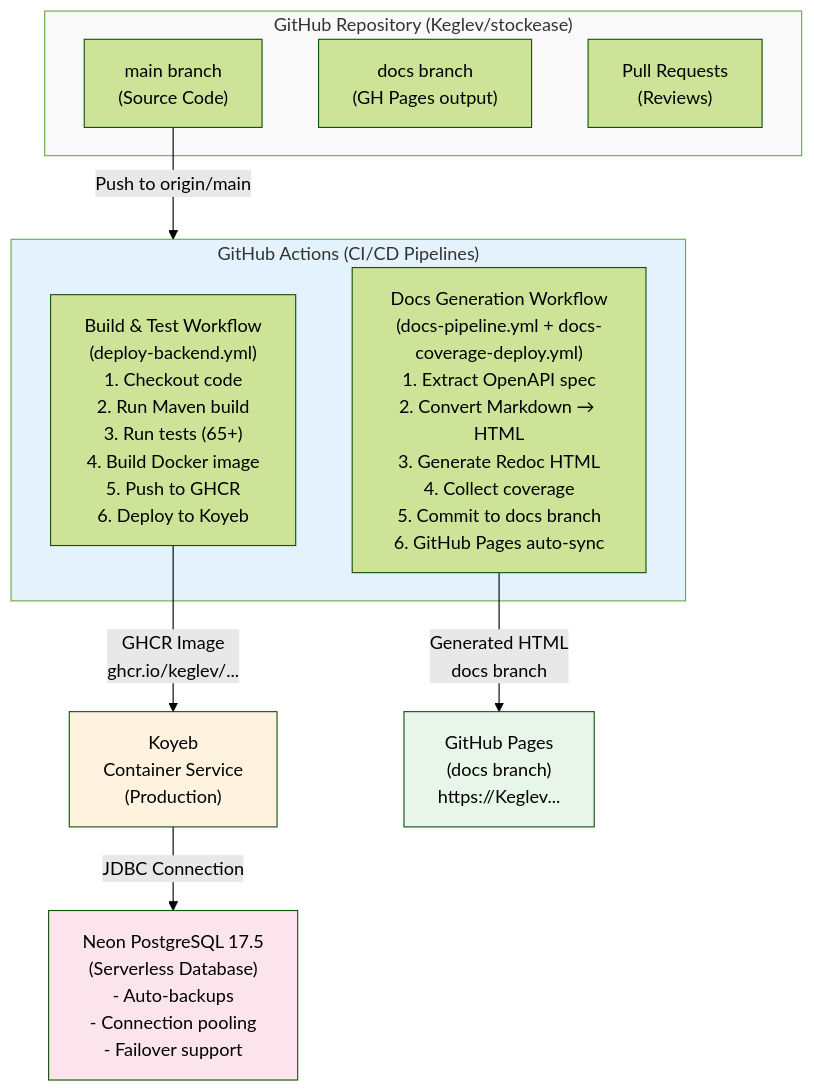
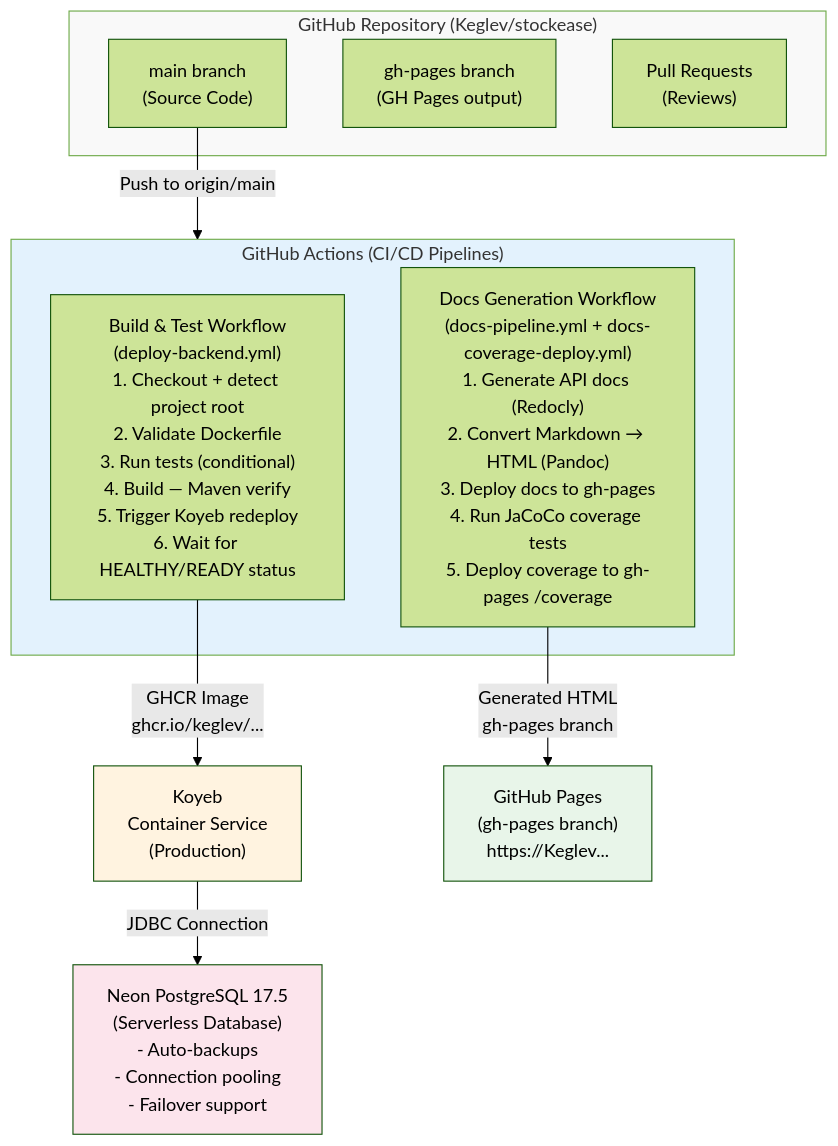
The first of 6 diagrams in docs/architecture/deployment.md (Keglev/stockease), drawn with Mermaid (forest theme) before and after one commit. The commit also changed other lines of this file and 6 other files, not shown here.

Commit message:
Updated docs architecture .md files to reflect changes in workflow and script files

````diff
--- a/docs/architecture/deployment.md
+++ b/docs/architecture/deployment.md
@@ -5,31 +5,31 @@
 ```mermaid
 graph TB
     subgraph GitHub["GitHub Repository (Keglev/stockease)"]
         MainBranch["main branch<br/>(Source Code)"]
-        DocsBranch["docs branch<br/>(GH Pages output)"]
+        DocsBranch["gh-pages branch<br/>(GH Pages output)"]
         PRs["Pull Requests<br/>(Reviews)"]
     end
     
     MainBranch -->|Push to origin/main| Actions
     
     subgraph Actions["GitHub Actions (CI/CD Pipelines)"]
-  Build["Build & Test Workflow<br/>(deploy-backend.yml)<br/>1. Checkout code<br/>2. Run Maven build<br/>3. Run tests (65+)<br/>4. Build Docker image<br/>5. Push to GHCR<br/>6. Deploy to Koyeb"]
-  Docs["Docs Generation Workflow<br/>(docs-pipeline.yml + docs-coverage-deploy.yml)<br/>1. Extract OpenAPI spec<br/>2. Convert Markdown → HTML<br/>3. Generate Redoc HTML<br/>4. Collect coverage<br/>5. Commit to docs branch<br/>6. GitHub Pages auto-sync"]
+  Build["Build & Test Workflow<br/>(deploy-backend.yml)<br/>1. Checkout + detect project root<br/>2. Validate Dockerfile<br/>3. Run tests (conditional)<br/>4. Build — Maven verify<br/>5. Trigger Koyeb redeploy<br/>6. Wait for HEALTHY/READY status"]
+  Docs["Docs Generation Workflow<br/>(docs-pipeline.yml + docs-coverage-deploy.yml)<br/>1. Generate API docs (Redocly)<br/>2. Convert Markdown → HTML (Pandoc)<br/>3. Deploy docs to gh-pages<br/>4. Run JaCoCo coverage tests<br/>5. Deploy coverage to gh-pages /coverage"]
     end
     
     Build -->|GHCR Image<br/>ghcr.io/keglev/...| Koyeb
-    Docs -->|Generated HTML<br/>docs branch| Pages
+    Docs -->|Generated HTML<br/>gh-pages branch| Pages
     
     Koyeb["Koyeb<br/>Container Service<br/>(Production)"]
-    Pages["GitHub Pages<br/>(docs branch)<br/>https://Keglev..."]
+    Pages["GitHub Pages<br/>(gh-pages branch)<br/>https://Keglev..."]
     
     Koyeb -->|JDBC Connection| Neon
     
     Neon["Neon PostgreSQL 17.5<br/>(Serverless Database)<br/>- Auto-backups<br/>- Connection pooling<br/>- Failover support"]
     
     style GitHub fill:#f9f9f9
     style Actions fill:#e3f2fd
     style Koyeb fill:#fff3e0
     style Pages fill:#e8f5e9
     style Neon fill:#fce4ec
 ```
````
